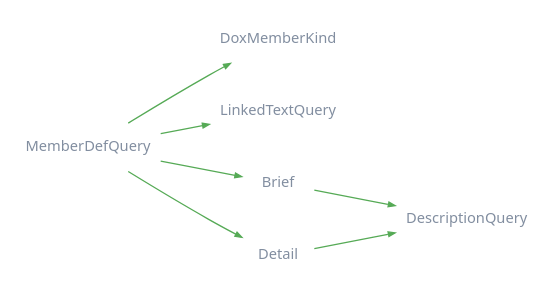
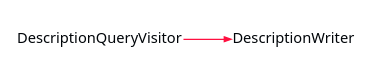
One commit to CharlesCarley/MdDox changed the diagram in Current/images/internal-diagram-4.dot. Above: the diagram before and after it, drawn with Graphviz. The commit also changed 837 other files, not shown here.

```diff
--- a/Current/images/internal-diagram-4.dot
+++ b/Current/images/internal-diagram-4.dot
@@ -1,13 +1,26 @@
-
 digraph {
-    bgcolor = none;
-    rankdir = "LR";
-
-    node [shape=none fontname= "Segoe UI" fontcolor="#828EA0FF" fontsize="11"]
-    edge [arrowsize = 0.5 color="#56AA56FF"]
-
-    MemberDefQuery->DoxMemberKind;
-    MemberDefQuery->LinkedTextQuery;
-    MemberDefQuery->Brief->DescriptionQuery;
-    MemberDefQuery->Detail->DescriptionQuery;
+ rankdir = "LR"
+ bgcolor = none;
+ layout  = dot;
+ edge [
+   arrowsize = "0.5"
+   color     = "#FF1040FF"
+ ]
+ WpARrGf[
+   shape    = none
+   label    = "DescriptionQueryVisitor"
+   margin   = "0.01"
+   fontname = "Segoe UI"
+   fontsize = "11"
+   fontcolor= "#010509FF"
+ ]
+ WoARrGf[
+   shape    = none
+   label    = "DescriptionWriter"
+   margin   = "0.01"
+   fontname = "Segoe UI"
+   fontsize = "11"
+   fontcolor= "#010509FF"
+ ]
+ WpARrGf->WoARrGf
 }
```
